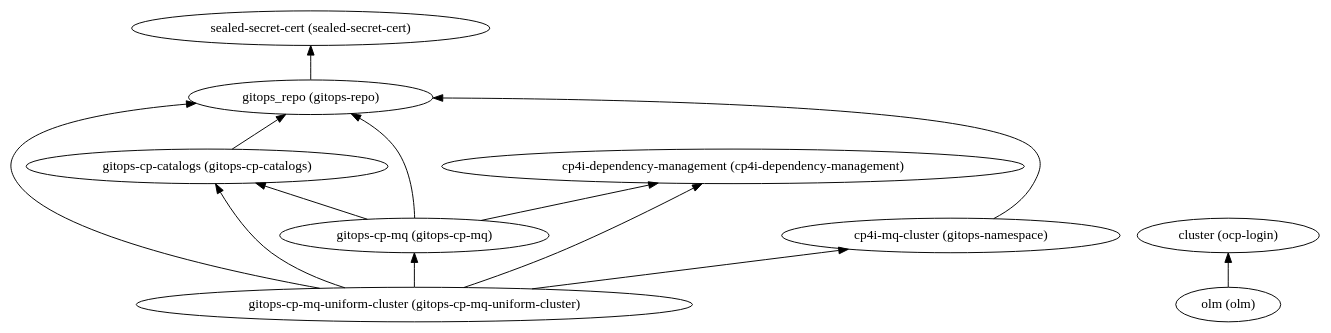
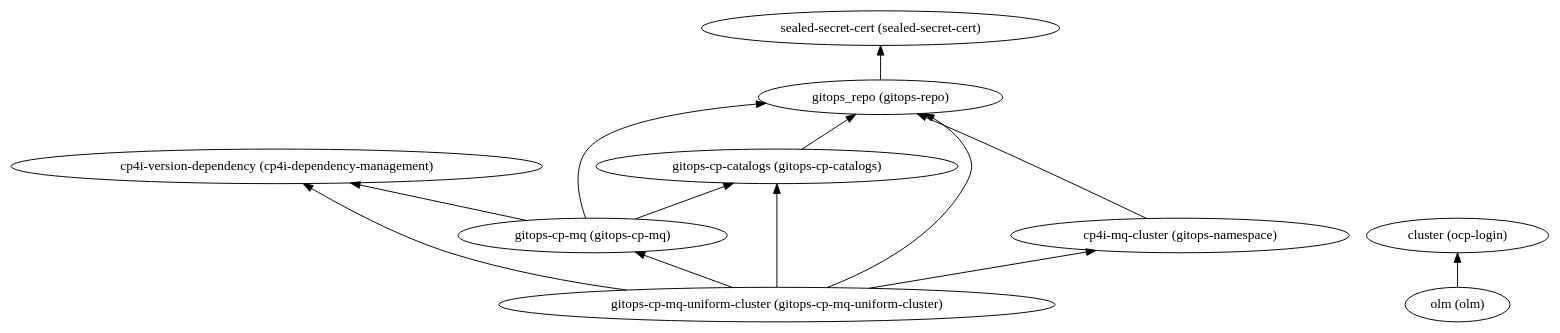
The diagram in 260-integration-mq-uniform-cluster/dependencies.dot (IBM/automation-integration-platform), drawn with Graphviz before and after one commit. The commit also changed 74 other files, not shown here.

```diff
--- a/260-integration-mq-uniform-cluster/dependencies.dot
+++ b/260-integration-mq-uniform-cluster/dependencies.dot
@@ -1,24 +1,24 @@
 digraph {
     rankdir="BT"
-    "gitops-cp-catalogs (gitops-cp-catalogs)" -> "gitops_repo (gitops-repo)"
+    "cp4i-version-dependency (cp4i-dependency-management)"
+"gitops-cp-catalogs (gitops-cp-catalogs)" -> "gitops_repo (gitops-repo)"
 "gitops-cp-catalogs (gitops-cp-catalogs)"
 "gitops_repo (gitops-repo)" -> "sealed-secret-cert (sealed-secret-cert)"
 "gitops_repo (gitops-repo)"
 "sealed-secret-cert (sealed-secret-cert)"
 "gitops-cp-mq (gitops-cp-mq)" -> "gitops_repo (gitops-repo)"
 "gitops-cp-mq (gitops-cp-mq)" -> "gitops-cp-catalogs (gitops-cp-catalogs)"
-"gitops-cp-mq (gitops-cp-mq)" -> "cp4i-dependency-management (cp4i-dependency-management)"
+"gitops-cp-mq (gitops-cp-mq)" -> "cp4i-version-dependency (cp4i-dependency-management)"
 "gitops-cp-mq (gitops-cp-mq)"
-"cp4i-dependency-management (cp4i-dependency-management)"
 "gitops-cp-mq-uniform-cluster (gitops-cp-mq-uniform-cluster)" -> "gitops_repo (gitops-repo)"
 "gitops-cp-mq-uniform-cluster (gitops-cp-mq-uniform-cluster)" -> "gitops-cp-catalogs (gitops-cp-catalogs)"
-"gitops-cp-mq-uniform-cluster (gitops-cp-mq-uniform-cluster)" -> "cp4i-dependency-management (cp4i-dependency-management)"
+"gitops-cp-mq-uniform-cluster (gitops-cp-mq-uniform-cluster)" -> "cp4i-version-dependency (cp4i-dependency-management)"
 "gitops-cp-mq-uniform-cluster (gitops-cp-mq-uniform-cluster)" -> "cp4i-mq-cluster (gitops-namespace)"
 "gitops-cp-mq-uniform-cluster (gitops-cp-mq-uniform-cluster)" -> "gitops-cp-mq (gitops-cp-mq)"
 "gitops-cp-mq-uniform-cluster (gitops-cp-mq-uniform-cluster)"
 "cp4i-mq-cluster (gitops-namespace)" -> "gitops_repo (gitops-repo)"
 "cp4i-mq-cluster (gitops-namespace)"
 "cluster (ocp-login)"
 "olm (olm)" -> "cluster (ocp-login)"
 "olm (olm)"
   }
```
